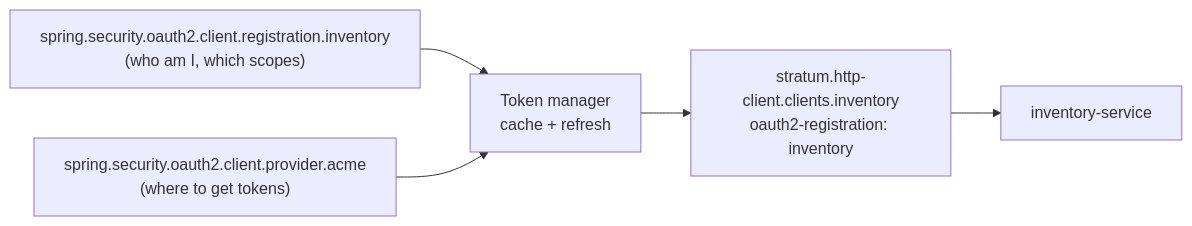
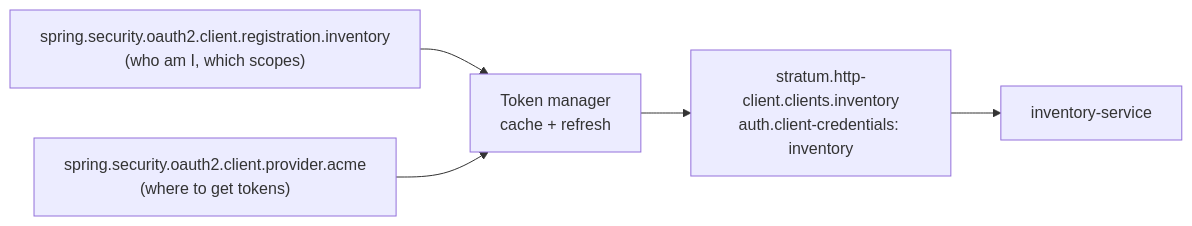
Before and after one commit to exepex/stratum: the diagram in docs/modules/oauth2-client.md, drawn with Mermaid. The commit also changed other lines of this file and 8 other files, not shown here.

First line of the commit message:
Use ADR 0011's HTTP client keys in every example outside the client page

````diff
--- a/docs/modules/oauth2-client.md
+++ b/docs/modules/oauth2-client.md
@@ -52,7 +52,7 @@
 ```mermaid
 flowchart LR
     A["spring.security.oauth2.client.registration.inventory<br/>(who am I, which scopes)"] --> T[Token manager<br/>cache + refresh]
     P["spring.security.oauth2.client.provider.acme<br/>(where to get tokens)"] --> T
-    T --> H["stratum.http-client.clients.inventory<br/>oauth2-registration: inventory"]
+    T --> H["stratum.http-client.clients.inventory<br/>auth.client-credentials: inventory"]
     H --> S[inventory-service]
 ```
````
